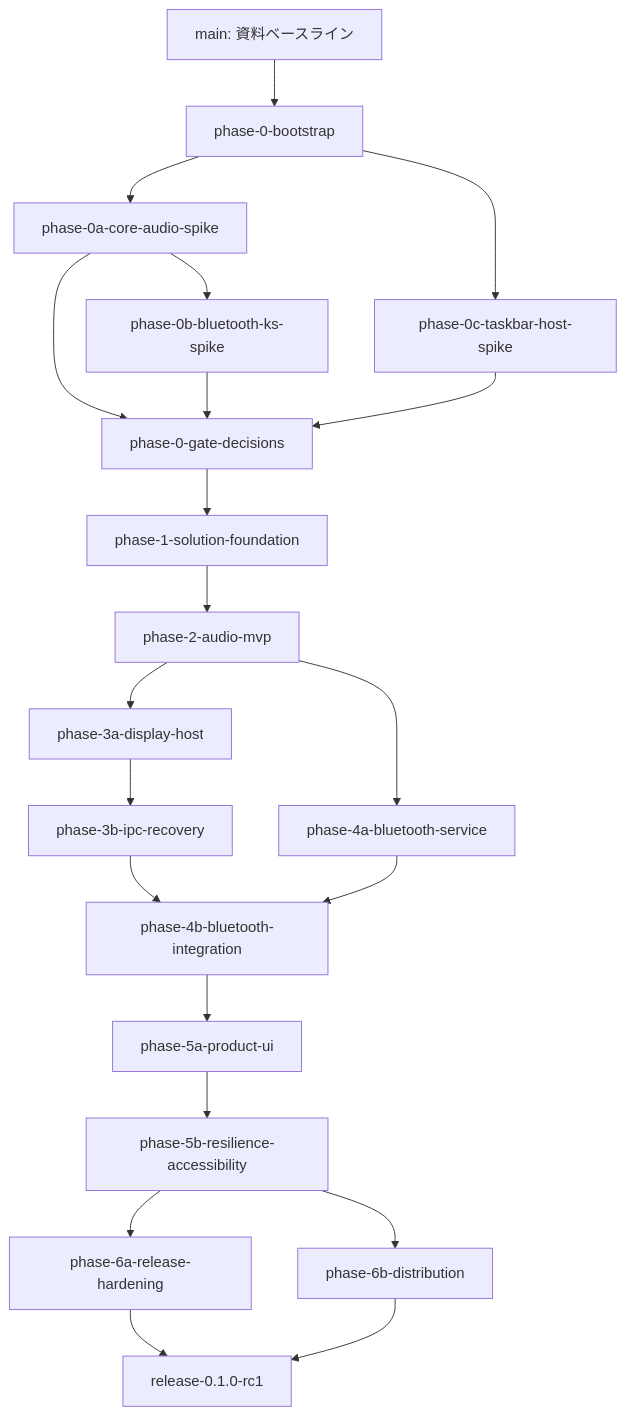
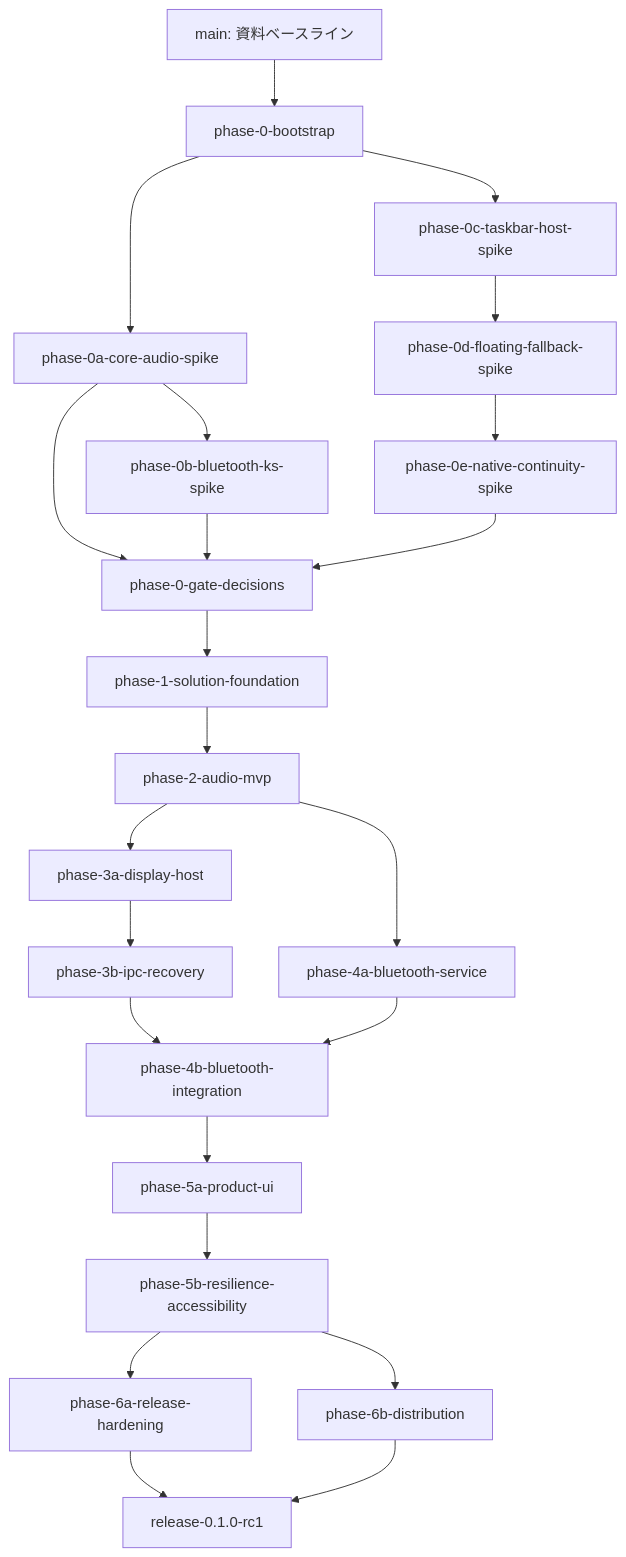
The diagram in docs/QuickPods_ブランチ別実装ロードマップ.md (rimtty/QuickPods), drawn with Mermaid before and after one commit. The commit also changed other lines of this file and 76 other files, not shown here.

First line of the commit message:
feat(taskbar): prove safe native host and floating fallback (#10)

````diff
--- a/docs/QuickPods_ブランチ別実装ロードマップ.md
+++ b/docs/QuickPods_ブランチ別実装ロードマップ.md
@@ -72,23 +72,25 @@
 ```mermaid
 flowchart TD
     Seed["main: 資料ベースライン"] --> Bootstrap["phase-0-bootstrap"]
     Bootstrap --> AudioSpike["phase-0a-core-audio-spike"]
     Bootstrap --> TaskbarSpike["phase-0c-taskbar-host-spike"]
+    TaskbarSpike --> TaskbarFallback["phase-0d-floating-fallback-spike"]
+    TaskbarFallback --> TaskbarContinuity["phase-0e-native-continuity-spike"]
     AudioSpike --> BluetoothSpike["phase-0b-bluetooth-ks-spike"]
     AudioSpike --> Gate["phase-0-gate-decisions"]
     BluetoothSpike --> Gate
-    TaskbarSpike --> Gate
+    TaskbarContinuity --> Gate
     Gate --> Foundation["phase-1-solution-foundation"]
     Foundation --> AudioMvp["phase-2-audio-mvp"]
     AudioMvp --> DisplayHost["phase-3a-display-host"]
     AudioMvp --> BluetoothService["phase-4a-bluetooth-service"]
     DisplayHost --> Runtime["phase-3b-ipc-recovery"]
     Runtime --> BluetoothIntegration["phase-4b-bluetooth-integration"]
     BluetoothService --> BluetoothIntegration
     BluetoothIntegration --> ProductUi["phase-5a-product-ui"]
     ProductUi --> Resilience["phase-5b-resilience-accessibility"]
     Resilience --> Hardening["phase-6a-release-hardening"]
     Resilience --> Distribution["phase-6b-distribution"]
     Hardening --> Release["release-0.1.0-rc1"]
     Distribution --> Release
 ```
````
